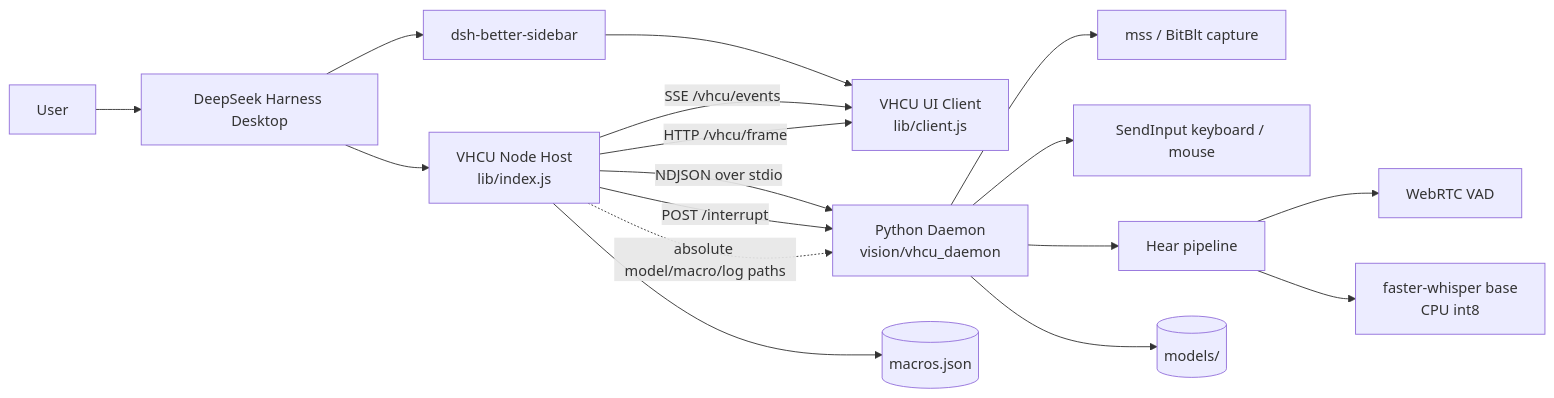
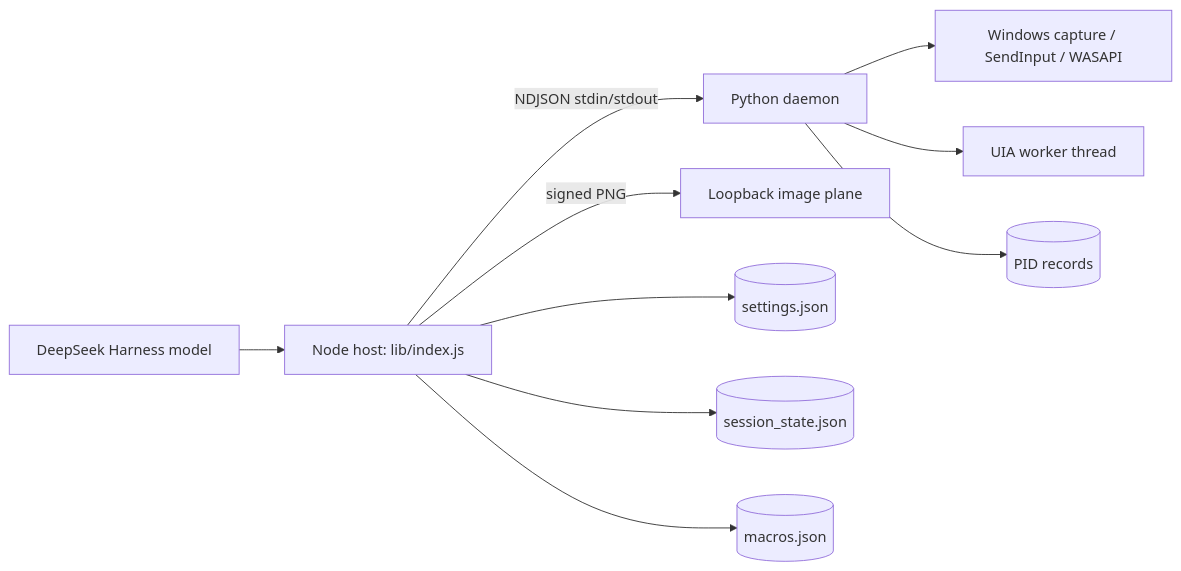
Before and after one commit to qiaozy-16/dsh-vhcu: the diagram in README.md, drawn with Mermaid. The commit also changed other lines of this file and 85 other files, not shown here.

````diff
--- a/README.md
+++ b/README.md
@@ -106,19 +142,12 @@
 ```mermaid
 flowchart LR
-    U[User] --> D[DeepSeek Harness Desktop]
-    D --> S[dsh-better-sidebar]
-    S --> C[VHCU UI Client<br/>lib/client.js]
-    D --> N[VHCU Node Host<br/>lib/index.js]
-    N -->|NDJSON over stdio| P[Python Daemon<br/>vision/vhcu_daemon]
-    N -->|POST /interrupt| P
-    N -.->|absolute model/macro/log paths| P
-    P --> SC[mss / BitBlt capture]
-    P --> IN[SendInput keyboard / mouse]
-    P --> HR[Hear pipeline]
-    HR --> VAD[WebRTC VAD]
-    HR --> ASR[faster-whisper base<br/>CPU int8]
-    N -->|SSE /vhcu/events| C
-    N -->|HTTP /vhcu/frame| C
-    N --> MF[(macros.json)]
-    P --> MD[(models/)]
+    M[DeepSeek Harness model] --> N[Node host: lib/index.js]
+    N -->|NDJSON stdin/stdout| P[Python daemon]
+    N -->|signed PNG| F[Loopback image plane]
+    P --> C[Windows capture / SendInput / WASAPI]
+    P --> U[UIA worker thread]
+    N --> S[(settings.json)]
+    N --> Q[(session_state.json)]
+    N --> R[(macros.json)]
+    P --> L[(PID records)]
 ```
````
